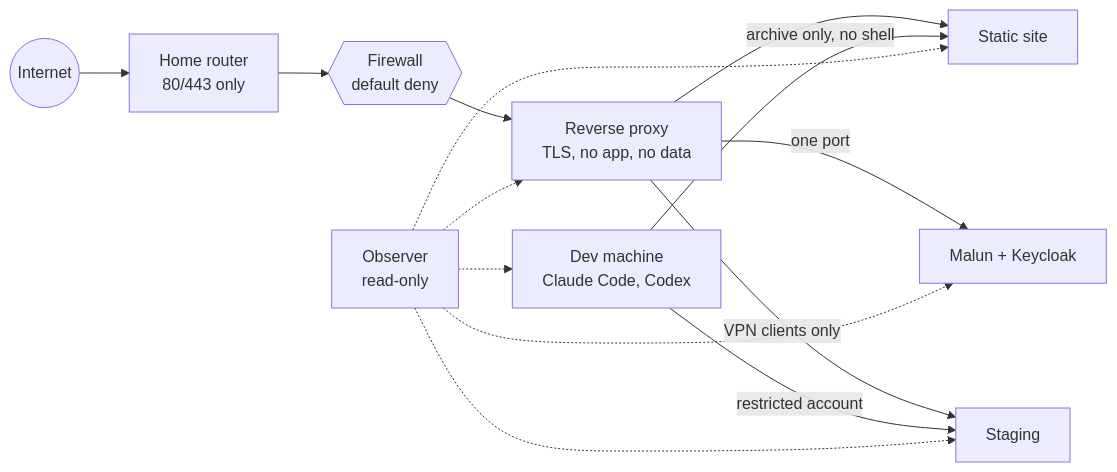
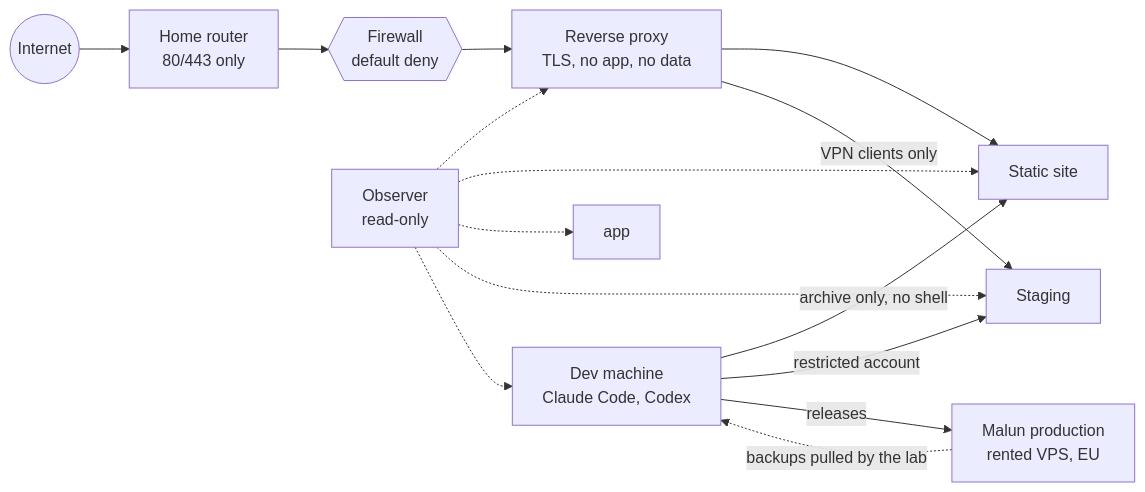
One commit to Antoine-DOT/atl-lab changed the diagram in README.md. Above: the diagram before and after it, drawn with Mermaid. The commit also changed other lines of this file, not shown here.

Commit message:
Update: Malun production now runs on a rented VPS

````diff
--- a/README.md
+++ b/README.md
@@ -16,12 +17,13 @@
 ```mermaid
 flowchart LR
     internet((Internet)) --> router[Home router<br/>80/443 only]
     router --> fw{{Firewall<br/>default deny}}
     fw --> proxy[Reverse proxy<br/>TLS, no app, no data]
     proxy --> site[Static site]
-    proxy -->|one port| app[Malun + Keycloak]
     proxy -->|VPN clients only| preview[Staging]
     dev[Dev machine<br/>Claude Code, Codex] -->|archive only, no shell| site
     dev -->|restricted account| preview
+    dev -->|releases| vps[Malun production<br/>rented VPS, EU]
+    vps -.->|backups pulled by the lab| dev
     observer[Observer<br/>read-only] -.-> proxy & site & app & preview & dev
 ```
````
